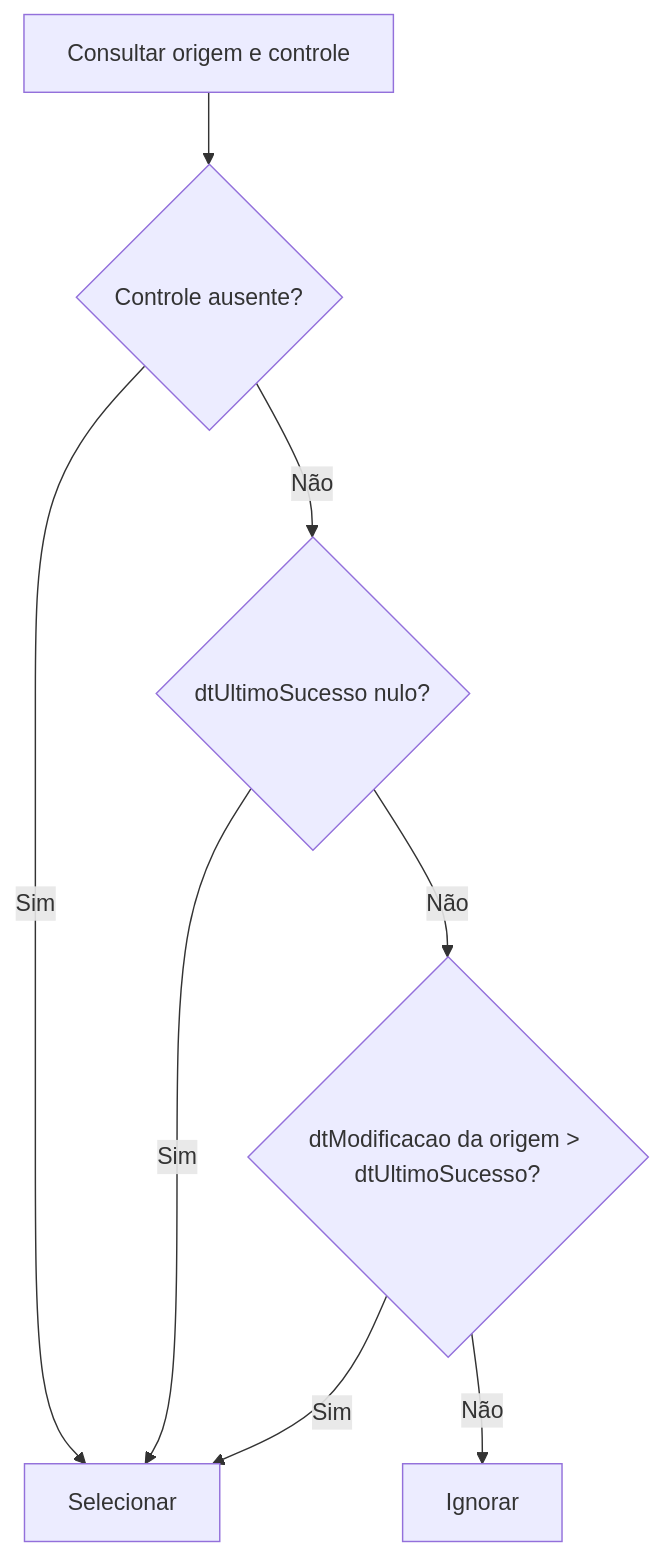
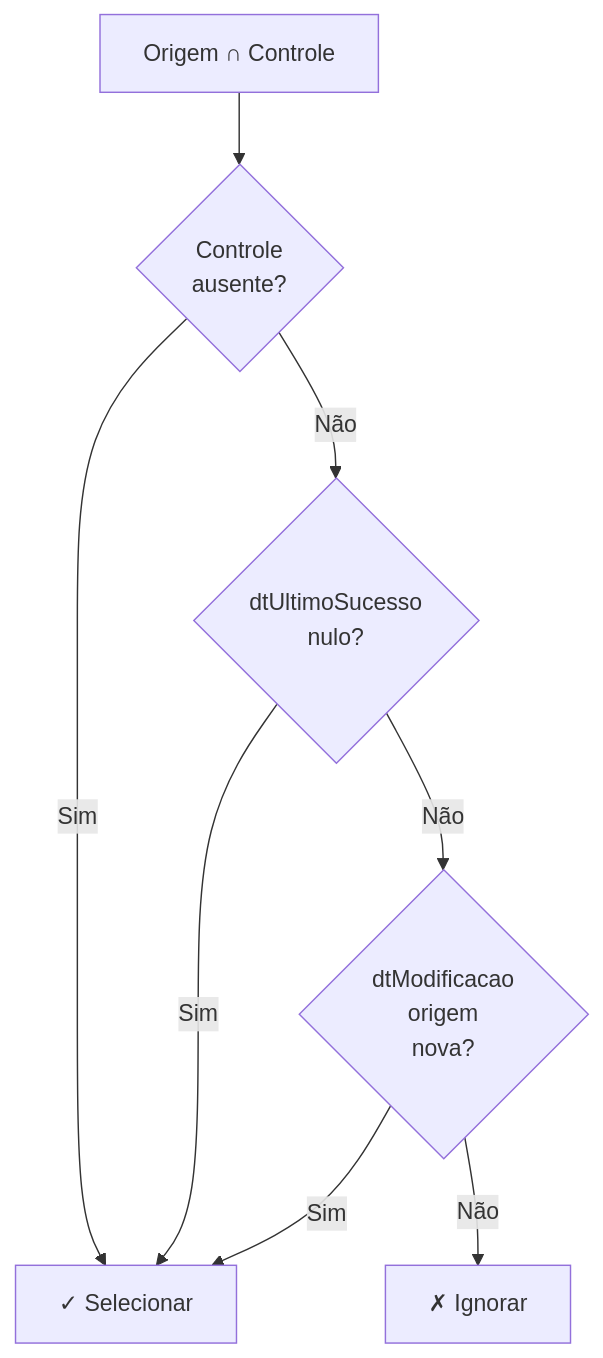
Before and after one commit to murilohenzo/spring-batch-etl-reverso: the second of 3 diagrams in README.md, drawn with Mermaid. The commit also changed other lines of this file, not shown here.

````diff
--- a/README.md
+++ b/README.md
@@ -184,10 +247,10 @@
 ```mermaid
 flowchart TD
-    A[Consultar origem e controle] --> B{Controle ausente?}
-    B -- Sim --> S[Selecionar]
-    B -- Não --> C{dtUltimoSucesso nulo?}
+    A["Origem ∩ Controle"] --> B{Controle<br/>ausente?}
+    B -- Sim --> S["✓ Selecionar"]
+    B -- Não --> C{dtUltimoSucesso<br/>nulo?}
     C -- Sim --> S
-    C -- Não --> D{dtModificacao da origem > dtUltimoSucesso?}
+    C -- Não --> D{dtModificacao<br/>origem<br/>nova?}
     D -- Sim --> S
-    D -- Não --> I[Ignorar]
+    D -- Não --> I["✗ Ignorar"]
 ```
````
